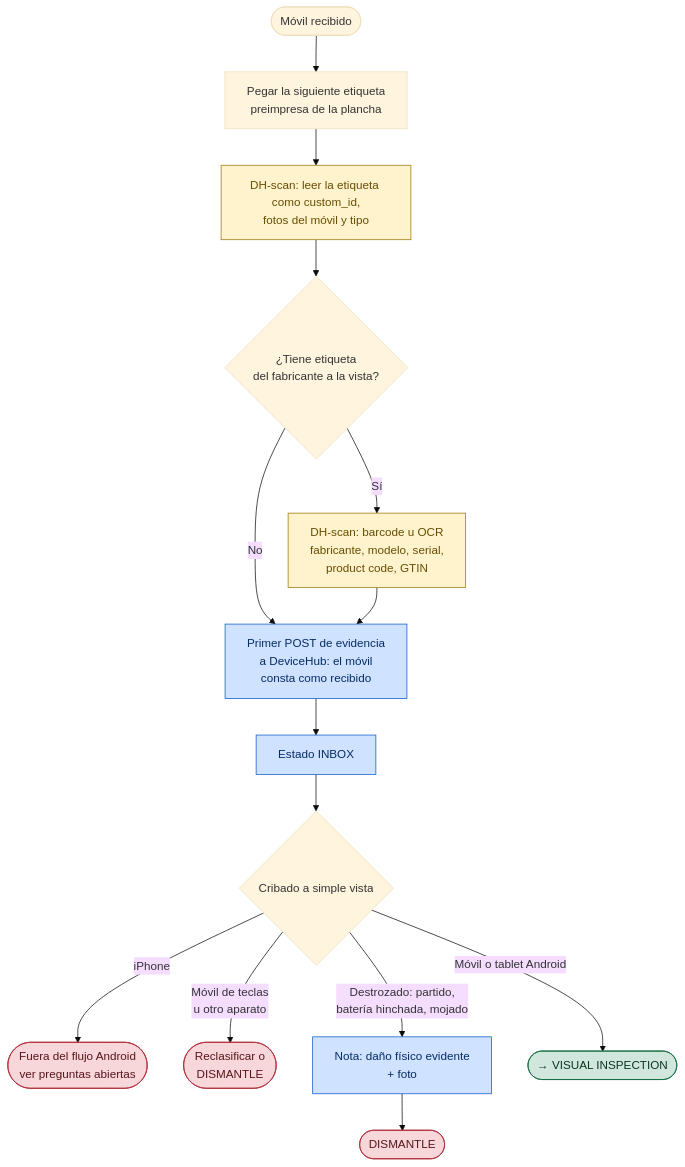
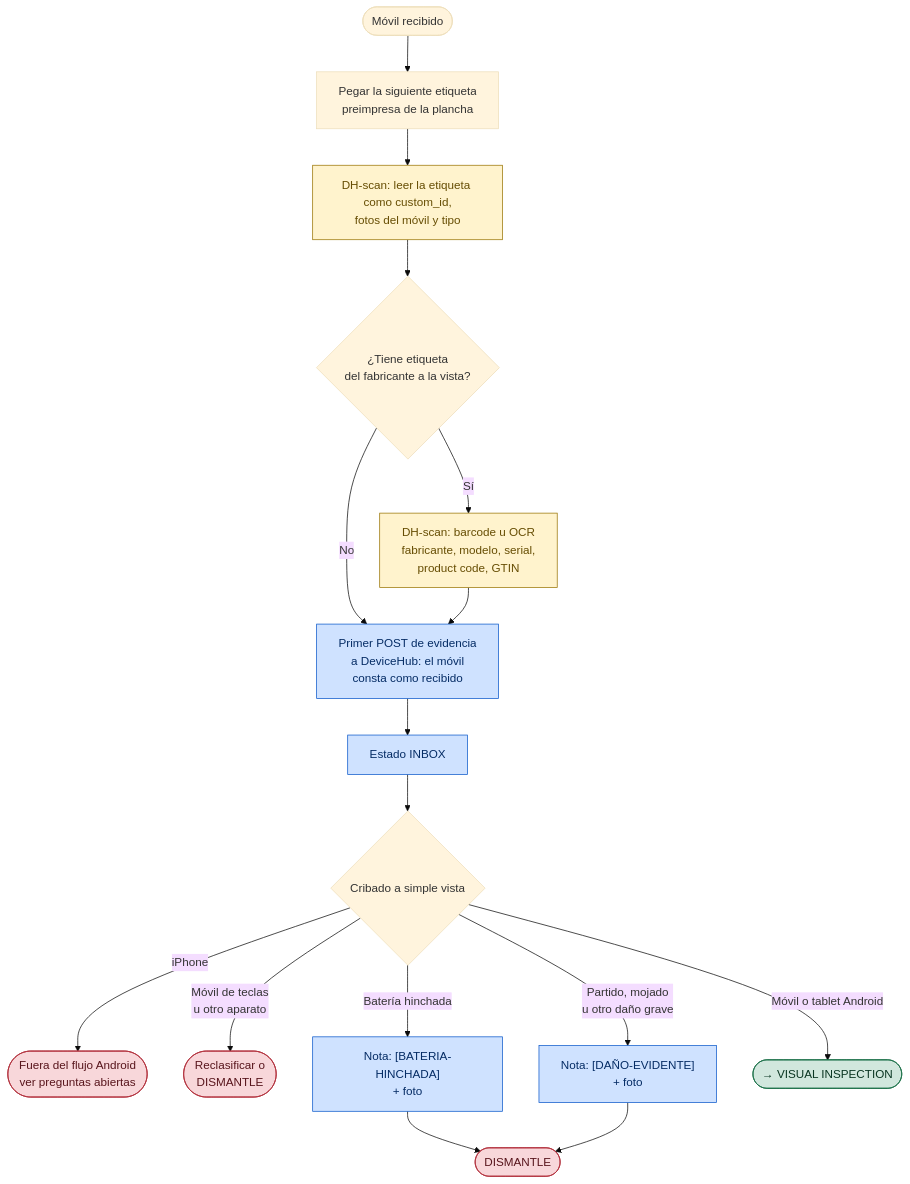
One commit to aucoop/vincle-digital-docs changed the second of 8 diagrams in docs/diagramas-detallados.md. Above: the diagram before and after it, drawn with Mermaid (base theme).

Commit message:
Update diagramas-detallados.md INBOX: distinguir batería hinchada de otros daños
INBOX: distinguir batería hinchada de otros daños
Eso hace que el diagrama coincida con el catálogo de motivos de DISMANTLE.

````diff
--- a/docs/diagramas-detallados.md
+++ b/docs/diagramas-detallados.md
@@ -78,23 +78,26 @@
 ```mermaid
 flowchart TD
     START(["Móvil recibido"]) --> PEGAR["Pegar la siguiente etiqueta<br/>preimpresa de la plancha"]
     PEGAR --> SCAN["DH-scan: leer la etiqueta como custom_id,<br/>fotos del móvil y tipo"]:::checkpoint
     SCAN --> LBL{"¿Tiene etiqueta<br/>del fabricante a la vista?"}
     LBL -->|"Sí"| OCR["DH-scan: barcode u OCR<br/>fabricante, modelo, serial,<br/>product code, GTIN"]:::checkpoint
     LBL -->|"No"| POST
     OCR --> POST["Primer POST de evidencia<br/>a DeviceHub: el móvil<br/>consta como recibido"]:::dh
     POST --> ST_INBOX["Estado INBOX"]:::dh
 
     ST_INBOX --> CRIBA{"Cribado a simple vista"}
 
     CRIBA -->|"iPhone"| IPH(["Fuera del flujo Android<br/>ver preguntas abiertas"]):::reject
     CRIBA -->|"Móvil de teclas<br/>u otro aparato"| OTRO(["Reclasificar o<br/>DISMANTLE"]):::reject
-    CRIBA -->|"Destrozado: partido,<br/>batería hinchada, mojado"| N_DEST["Nota: daño físico evidente<br/>+ foto"]:::dh
-    N_DEST --> DIS(["DISMANTLE"]):::reject
+    CRIBA -->|"Batería hinchada"| N_BAT["Nota: [BATERIA-HINCHADA]<br/>+ foto"]:::dh
+    N_BAT --> DIS(["DISMANTLE"]):::reject
+
+    CRIBA -->|"Partido, mojado<br/>u otro daño grave"| N_DEST["Nota: [DAÑO-EVIDENTE]<br/>+ foto"]:::dh
+    N_DEST --> DIS
     CRIBA -->|"Móvil o tablet Android"| NEXT(["→ VISUAL INSPECTION"]):::ok
 
     classDef reject fill:#f8d7da,stroke:#b02a37,color:#58151c
     classDef ok fill:#d1e7dd,stroke:#146c43,color:#0a3622
     classDef checkpoint fill:#fff3cd,stroke:#997404,color:#664d03
     classDef dh fill:#cfe2ff,stroke:#0a58ca,color:#052c65
 ```
````
